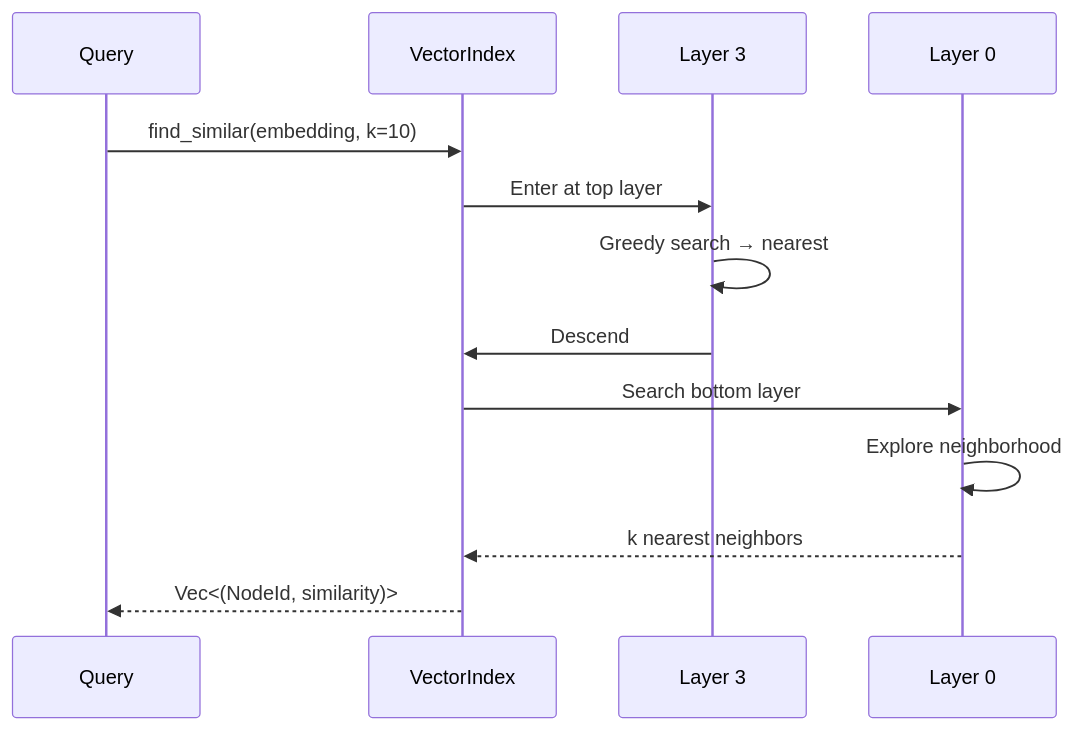
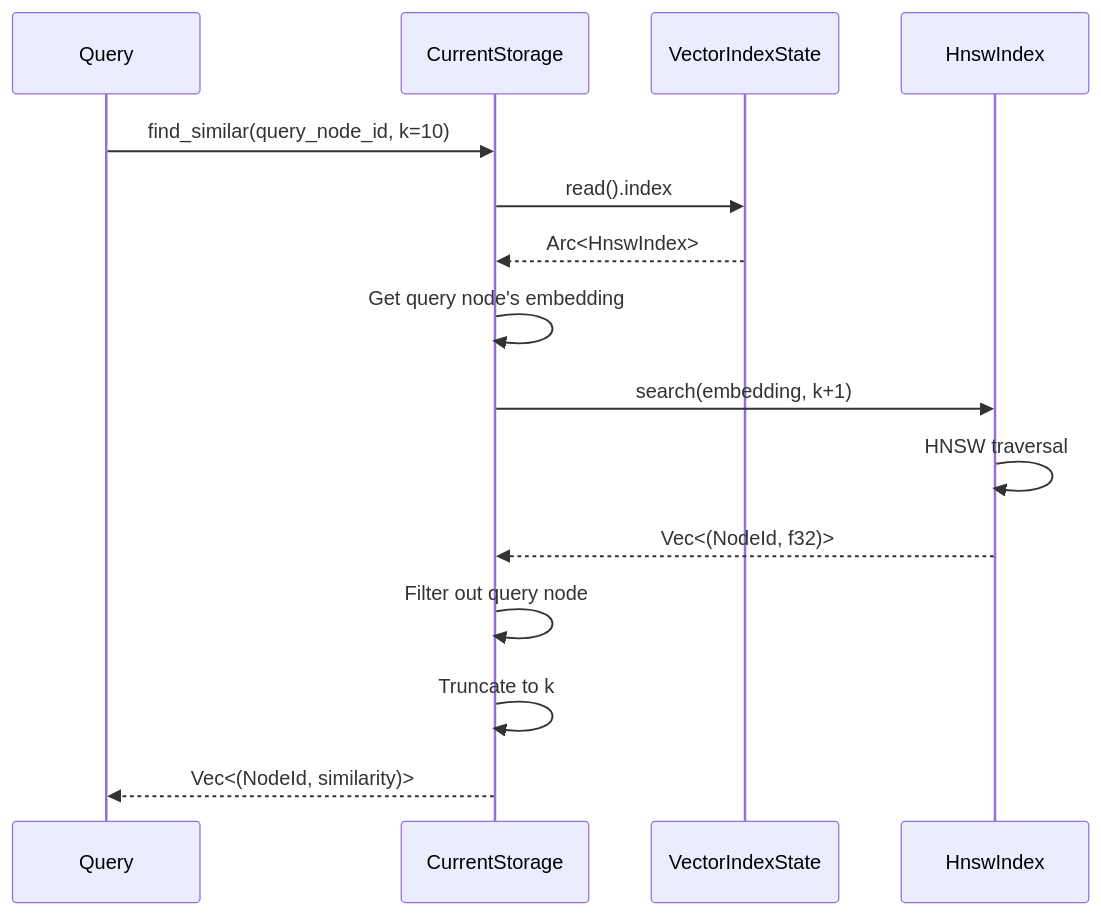
One commit to autumn-foundation/AletheiaDB changed diagram 18 of 20 in docs/architecture/index-layer.md. Above: the diagram before and after it, drawn with Mermaid. The commit also changed other lines of this file and 3 other files, not shown here.

First line of the commit message:
docs: Update architecture docs for VS-030 vector index integration

````diff
--- a/docs/architecture/index-layer.md
+++ b/docs/architecture/index-layer.md
@@ -447,18 +472,18 @@
 ```mermaid
 sequenceDiagram
     participant Q as Query
-    participant HNSW as VectorIndex
-    participant L3 as Layer 3
-    participant L0 as Layer 0
+    participant CS as CurrentStorage
+    participant VIS as VectorIndexState
+    participant HNSW as HnswIndex
 
-    Q->>HNSW: find_similar(embedding, k=10)
-    HNSW->>L3: Enter at top layer
-    L3->>L3: Greedy search → nearest
-
-    L3->>HNSW: Descend
-    HNSW->>L0: Search bottom layer
-    L0->>L0: Explore neighborhood
-
-    L0-->>HNSW: k nearest neighbors
-    HNSW-->>Q: Vec<(NodeId, similarity)>
+    Q->>CS: find_similar(query_node_id, k=10)
+    CS->>VIS: read().index
+    VIS-->>CS: Arc<HnswIndex>
+    CS->>CS: Get query node's embedding
+    CS->>HNSW: search(embedding, k+1)
+    HNSW->>HNSW: HNSW traversal
+    HNSW-->>CS: Vec<(NodeId, f32)>
+    CS->>CS: Filter out query node
+    CS->>CS: Truncate to k
+    CS-->>Q: Vec<(NodeId, similarity)>
 ```
````
